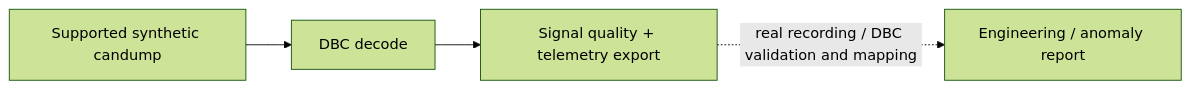
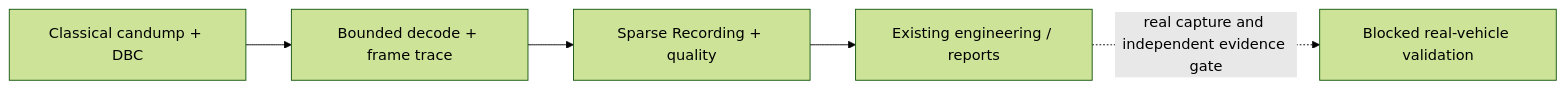
One commit to AsherFerdinand/vcan-ecu-telemetry-dashboard changed the second of 4 diagrams in README.md. Above: the diagram before and after it, drawn with Mermaid (forest theme). The commit also changed other lines of this file and 30 other files, not shown here.

Commit message:
Add bounded raw CAN investigation foundation and reproducible evidence policy

````diff
--- a/README.md
+++ b/README.md
@@ -76,5 +83,6 @@
 ```mermaid
 flowchart LR
-  A[Supported synthetic candump] --> B[DBC decode] --> C[Signal quality + telemetry export]
-  C -. real recording / DBC validation and mapping .-> D[Engineering / anomaly report]
+  A[Classical candump + DBC] --> B[Bounded decode + frame trace] --> C[Sparse Recording + quality]
+  C --> D[Existing engineering / reports]
+  D -. real capture and independent evidence gate .-> V[Blocked real-vehicle validation]
 ```
````
